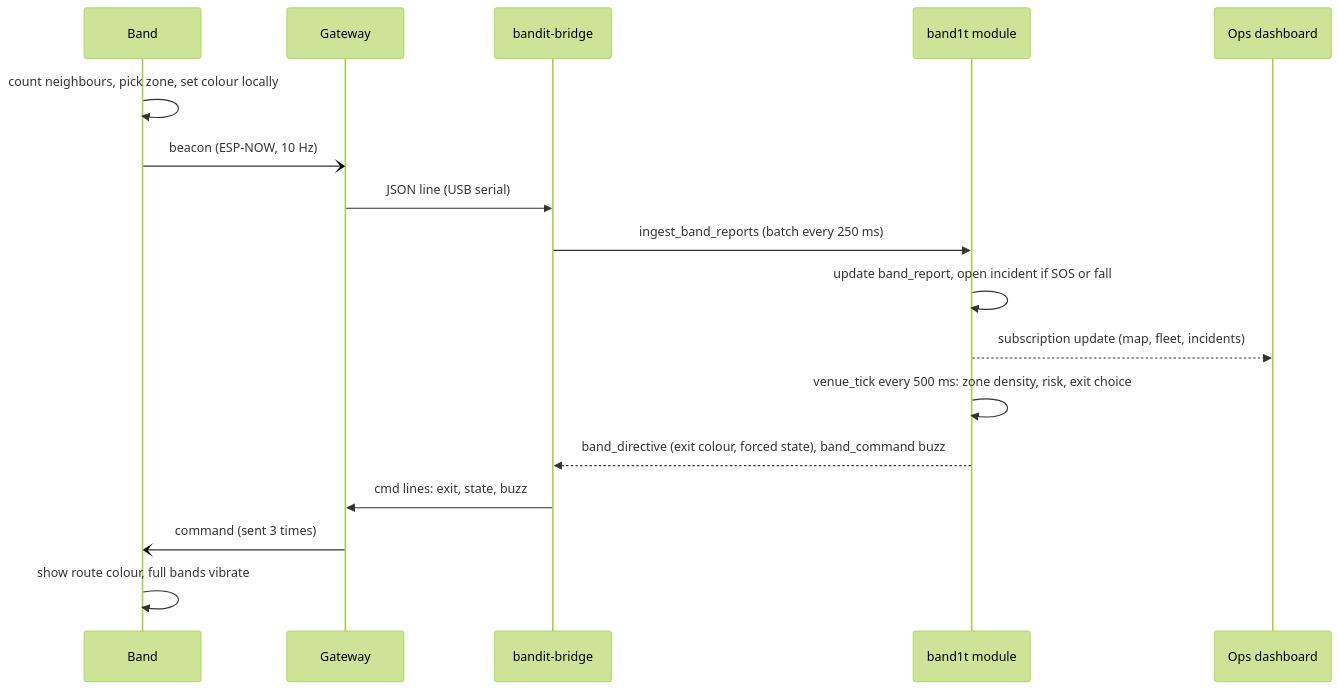
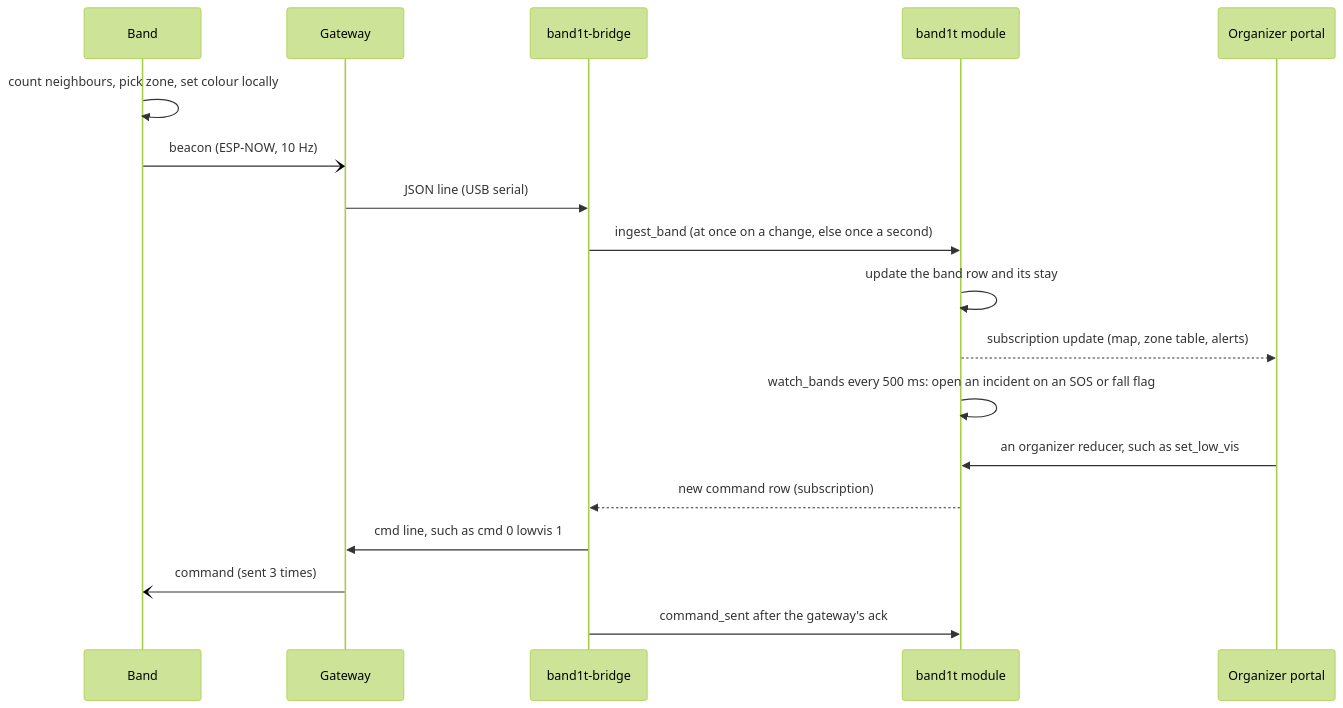
The third of 5 diagrams in System Design/1-overview/Architecture.md (viktorinkov/cal-hacks-13), drawn with Mermaid (forest theme) before and after one commit. The commit also changed other lines of this file and 26 other files, not shown here.

````diff
--- a/System Design/1-overview/Architecture.md
+++ b/System Design/1-overview/Architecture.md
@@ -169,19 +178,20 @@
 ```mermaid
 sequenceDiagram
   participant B as Band
   participant G as Gateway
-  participant BR as bandit-bridge
+  participant BR as band1t-bridge
   participant M as band1t module
-  participant D as Ops dashboard
+  participant D as Organizer portal
   B->>B: count neighbours, pick zone, set colour locally
   B-)G: beacon (ESP-NOW, 10 Hz)
   G->>BR: JSON line (USB serial)
-  BR->>M: ingest_band_reports (batch every 250 ms)
-  M->>M: update band_report, open incident if SOS or fall
-  M-->>D: subscription update (map, fleet, incidents)
-  M->>M: venue_tick every 500 ms: zone density, risk, exit choice
-  M-->>BR: band_directive (exit colour, forced state), band_command buzz
-  BR->>G: cmd lines: exit, state, buzz
+  BR->>M: ingest_band (at once on a change, else once a second)
+  M->>M: update the band row and its stay
+  M-->>D: subscription update (map, zone table, alerts)
+  M->>M: watch_bands every 500 ms: open an incident on an SOS or fall flag
+  D->>M: an organizer reducer, such as set_low_vis
+  M-->>BR: new command row (subscription)
+  BR->>G: cmd line, such as cmd 0 lowvis 1
   G-)B: command (sent 3 times)
-  B->>B: show route colour, full bands vibrate
+  BR->>M: command_sent after the gateway's ack
 ```
````
